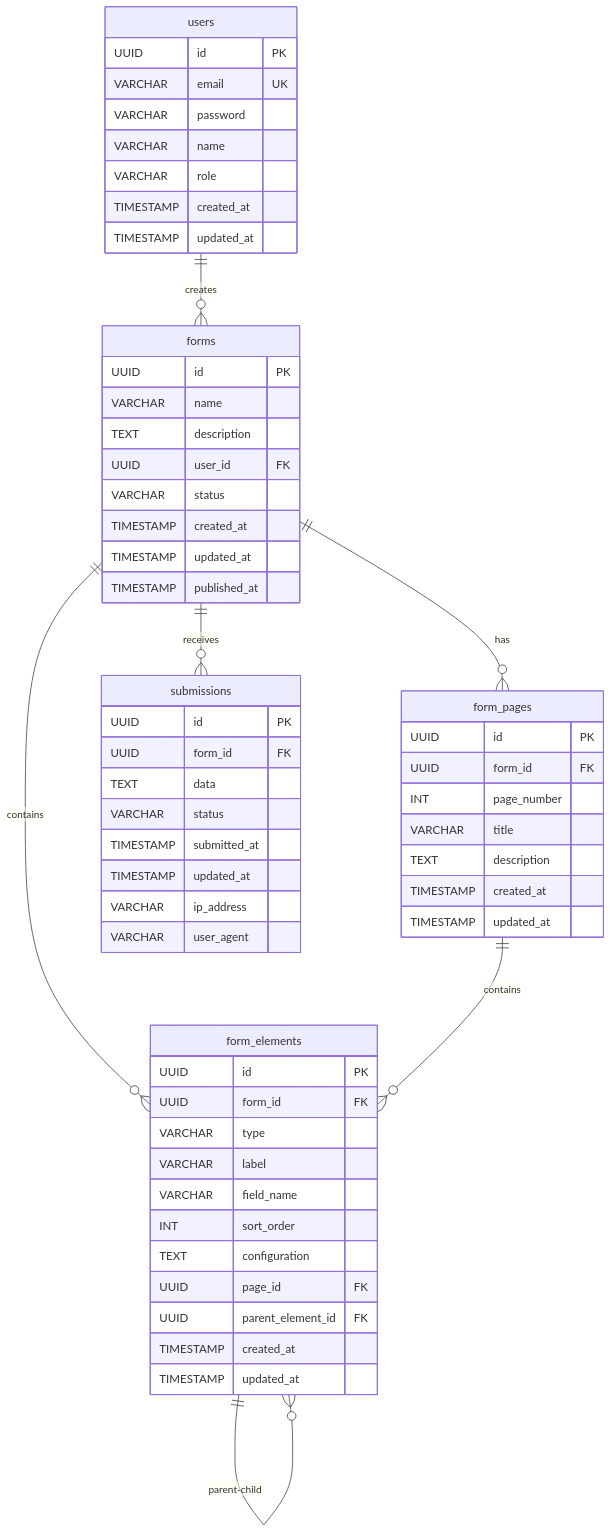
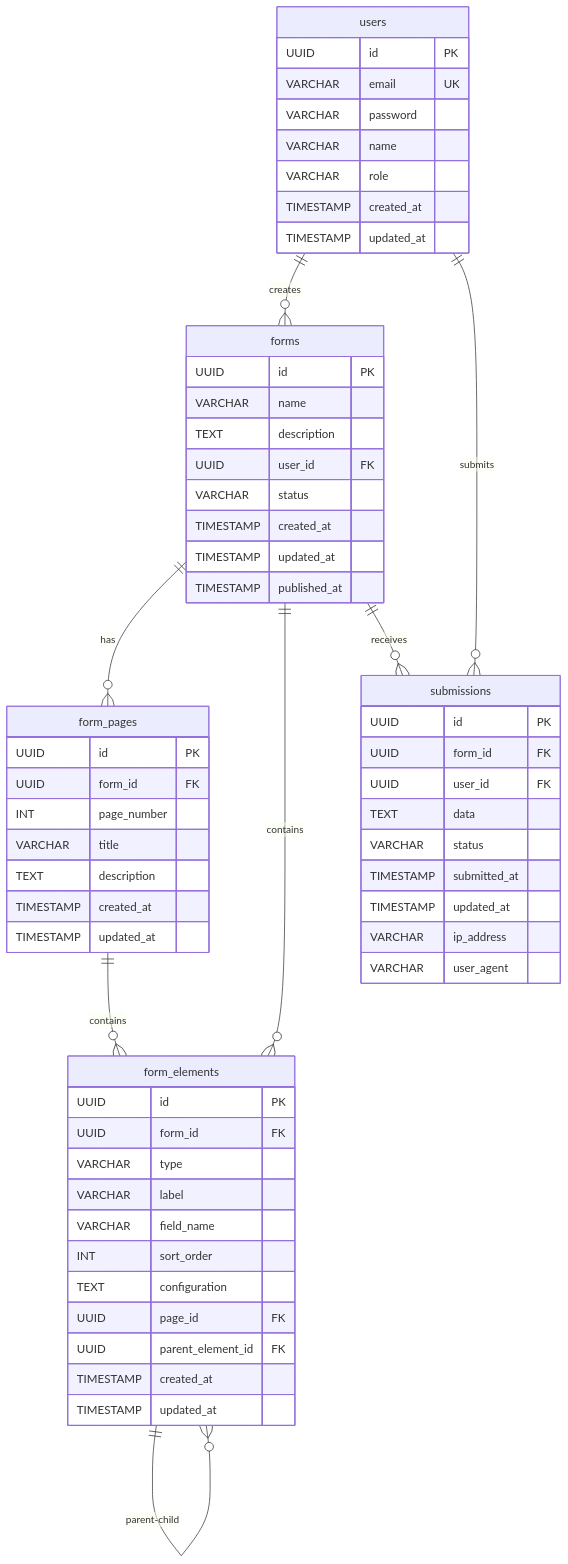
Before and after one commit to rtaylorzfin/form-builder: the diagram in README.md, drawn with Mermaid. The commit also changed other lines of this file and 40 other files, not shown here.

````diff
--- a/README.md
+++ b/README.md
@@ -40,65 +47,67 @@
 ```mermaid
 erDiagram
     users {
         UUID id PK
         VARCHAR email UK
         VARCHAR password
         VARCHAR name
         VARCHAR role
         TIMESTAMP created_at
         TIMESTAMP updated_at
     }
 
     forms {
         UUID id PK
         VARCHAR name
         TEXT description
         UUID user_id FK
         VARCHAR status
         TIMESTAMP created_at
         TIMESTAMP updated_at
         TIMESTAMP published_at
     }
 
     form_pages {
         UUID id PK
         UUID form_id FK
         INT page_number
         VARCHAR title
         TEXT description
         TIMESTAMP created_at
         TIMESTAMP updated_at
     }
 
     form_elements {
         UUID id PK
         UUID form_id FK
         VARCHAR type
         VARCHAR label
         VARCHAR field_name
         INT sort_order
         TEXT configuration
         UUID page_id FK
         UUID parent_element_id FK
         TIMESTAMP created_at
         TIMESTAMP updated_at
     }
 
     submissions {
         UUID id PK
         UUID form_id FK
+        UUID user_id FK
         TEXT data
         VARCHAR status
         TIMESTAMP submitted_at
         TIMESTAMP updated_at
         VARCHAR ip_address
         VARCHAR user_agent
     }
 
     users ||--o{ forms : "creates"
+    users ||--o{ submissions : "submits"
     forms ||--o{ form_pages : "has"
     forms ||--o{ form_elements : "contains"
     forms ||--o{ submissions : "receives"
     form_pages ||--o{ form_elements : "contains"
     form_elements ||--o{ form_elements : "parent-child"
 ```
````
